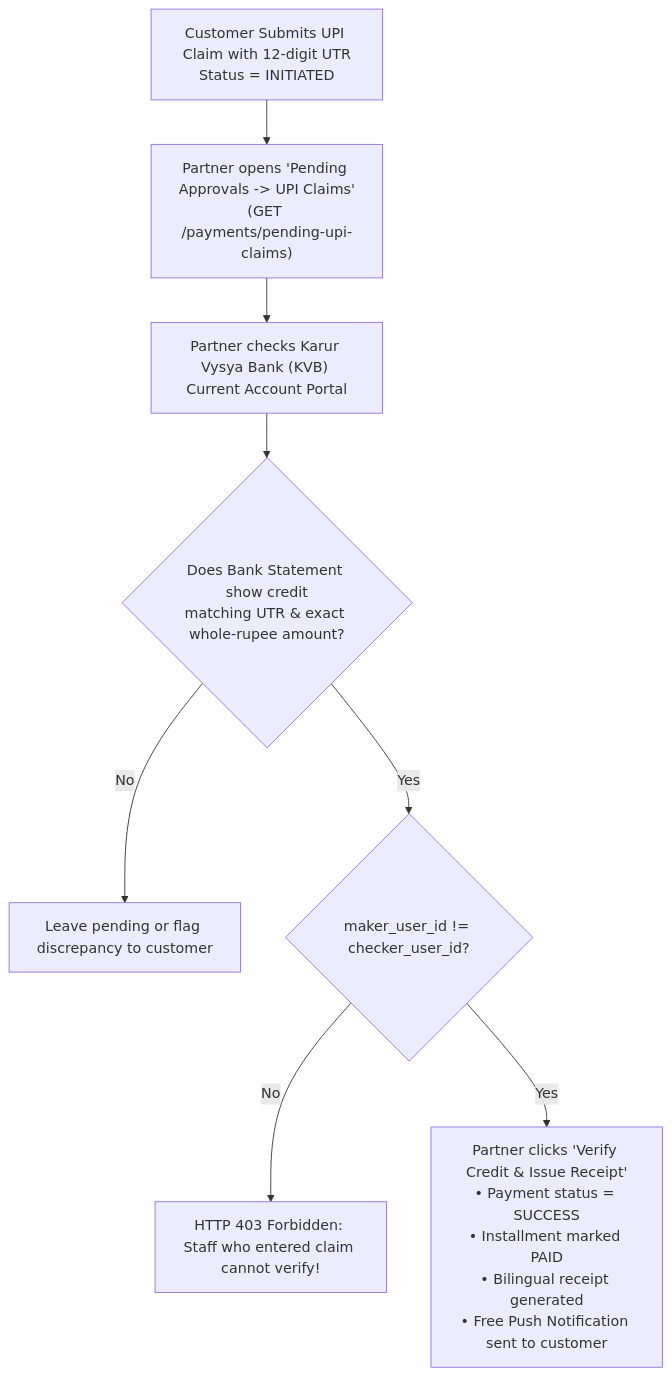
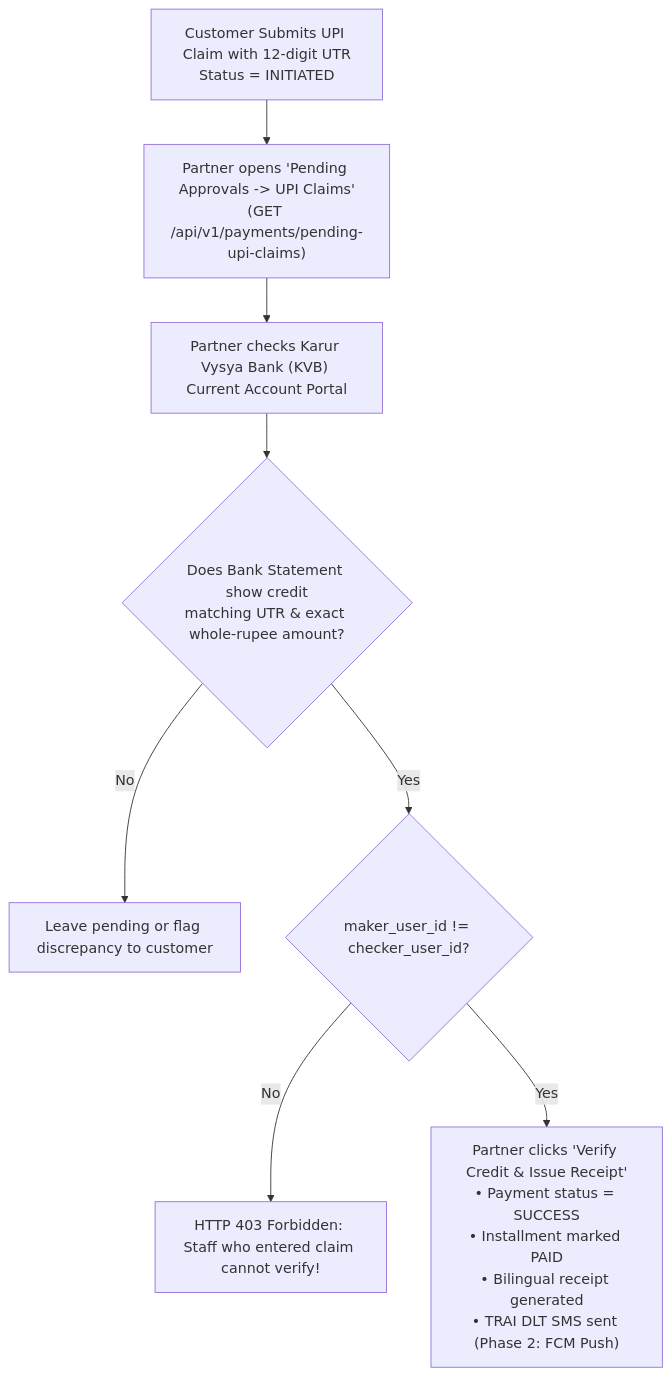
The tenth of 15 diagrams in docs/07-operations/user-manuals/admin-foreman-manual.md (Kathir-24/Kumaran-finance), drawn with Mermaid before and after one commit. The commit also changed other lines of this file and 4 other files, not shown here.

````diff
--- a/docs/07-operations/user-manuals/admin-foreman-manual.md
+++ b/docs/07-operations/user-manuals/admin-foreman-manual.md
@@ -279,10 +284,10 @@
 ```mermaid
 flowchart TD
-    Cust["Customer Submits UPI Claim with 12-digit UTR\nStatus = INITIATED"] --> Queue["Partner opens 'Pending Approvals -> UPI Claims'\n(GET /payments/pending-upi-claims)"]
+    Cust["Customer Submits UPI Claim with 12-digit UTR\nStatus = INITIATED"] --> Queue["Partner opens 'Pending Approvals -> UPI Claims'\n(GET /api/v1/payments/pending-upi-claims)"]
     Queue --> KVB["Partner checks Karur Vysya Bank (KVB) Current Account Portal"]
     KVB --> Match{"Does Bank Statement show credit\nmatching UTR & exact whole-rupee amount?"}
     Match -- No --> Reject["Leave pending or flag discrepancy to customer"]
     Match -- Yes --> DualGuard{"maker_user_id != checker_user_id?"}
     DualGuard -- No --> Deny["HTTP 403 Forbidden: Staff who entered claim cannot verify!"]
-    DualGuard -- Yes --> Approve["Partner clicks 'Verify Credit & Issue Receipt'\n• Payment status = SUCCESS\n• Installment marked PAID\n• Bilingual receipt generated\n• Free Push Notification sent to customer"]
+    DualGuard -- Yes --> Approve["Partner clicks 'Verify Credit & Issue Receipt'\n• Payment status = SUCCESS\n• Installment marked PAID\n• Bilingual receipt generated\n• TRAI DLT SMS sent (Phase 2: FCM Push)"]
 ```
````
